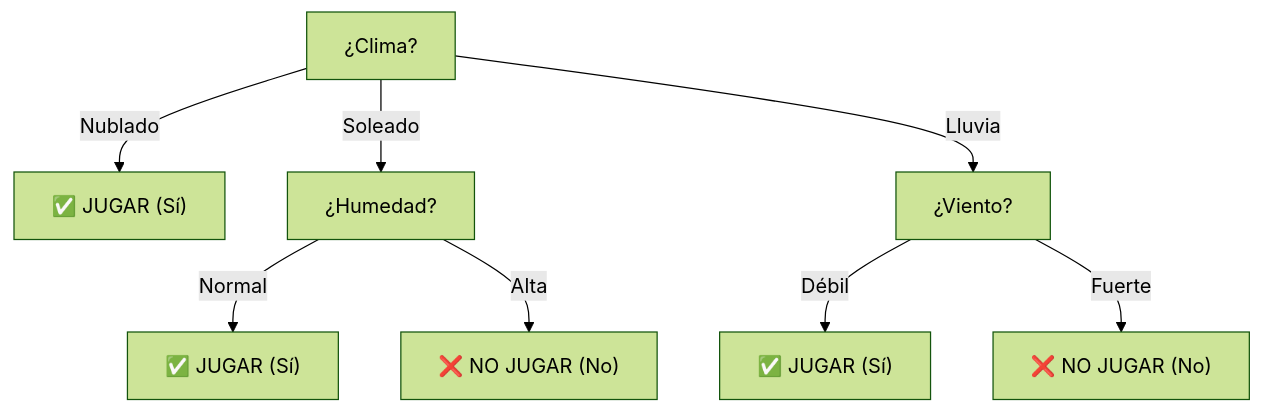
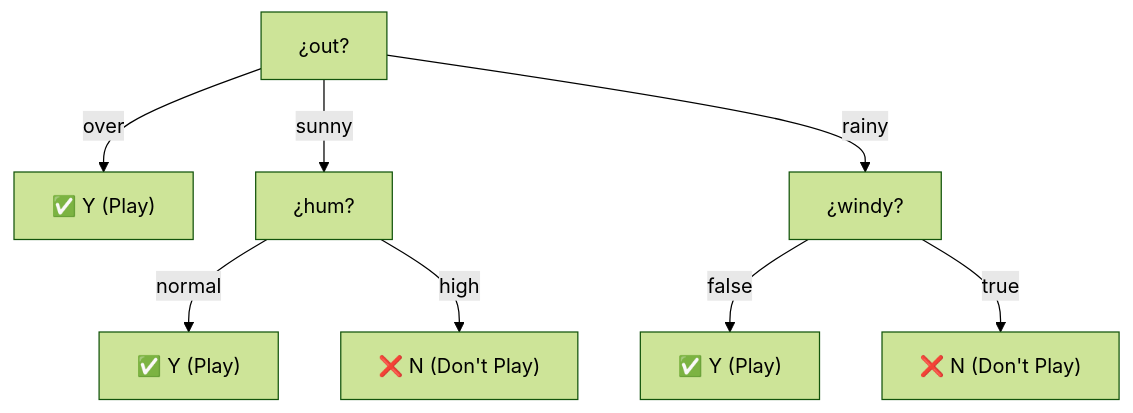
The fifth of 5 diagrams in minería de datos/20. Árboles de Decisión, Algoritmo ID3, Entropía de Shannon y Ganancia de Información.md (Eddyfals0/notas-obsidia-oto-o-2026), drawn with Mermaid (forest theme) before and after one commit. The commit also changed other lines of this file, not shown here.

````diff
--- a/minería de datos/20. Árboles de Decisión, Algoritmo ID3, Entropía de Shannon y Ganancia de Información.md
+++ b/minería de datos/20. Árboles de Decisión, Algoritmo ID3, Entropía de Shannon y Ganancia de Información.md
@@ -330,11 +290,11 @@
 ```mermaid
 flowchart TD
-    Root["¿Clima?"] 
-    Root -- Nublado --> H1["✅ JUGAR (Sí)"]
-    Root -- Soleado --> S1["¿Humedad?"]
-    S1 -- Normal --> H2["✅ JUGAR (Sí)"]
-    S1 -- Alta --> H3["❌ NO JUGAR (No)"]
-    Root -- Lluvia --> S2["¿Viento?"]
-    S2 -- Débil --> H4["✅ JUGAR (Sí)"]
-    S2 -- Fuerte --> H5["❌ NO JUGAR (No)"]
+    Root["¿out?"]
+    Root -- over --> H1["✅ Y (Play)"]
+    Root -- sunny --> N1["¿hum?"]
+    N1 -- normal --> H2["✅ Y (Play)"]
+    N1 -- high --> H3["❌ N (Don't Play)"]
+    Root -- rainy --> N2["¿windy?"]
+    N2 -- false --> H4["✅ Y (Play)"]
+    N2 -- true --> H5["❌ N (Don't Play)"]
 ```
````
